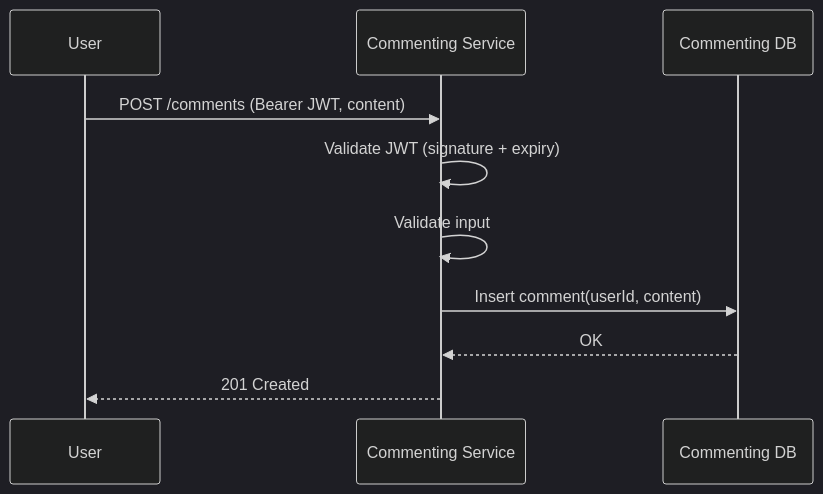
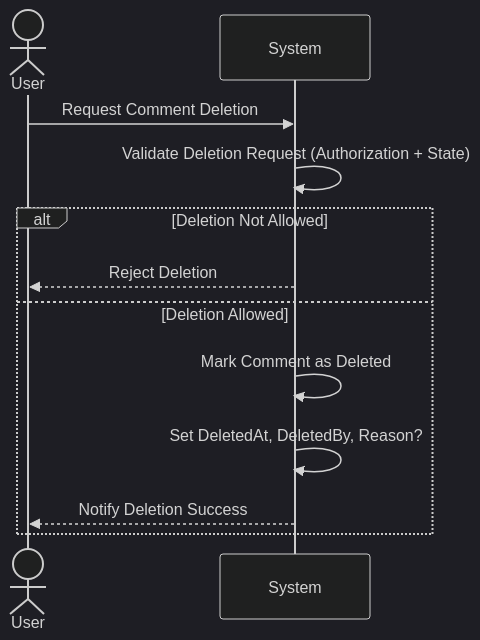
Before and after one commit to Syrix42/Commenting: the third of 6 diagrams in docks/diagrams/flows.md, drawn with Mermaid (dark theme). The commit also changed other lines of this file, not shown here.

````diff
--- a/docks/diagrams/flows.md
+++ b/docks/diagrams/flows.md
@@ -40,13 +56,17 @@
 ```mermaid
 sequenceDiagram
-    participant U as User
-    participant C as Commenting Service
-    participant DB as Commenting DB
+    actor User
+    participant System
 
-    U->>C: POST /comments (Bearer JWT, content)
-    C->>C: Validate JWT (signature + expiry)
-    C->>C: Validate input
-    C->>DB: Insert comment(userId, content)
-    DB-->>C: OK
-    C-->>U: 201 Created
+    User->>System: Request Comment Deletion
+
+    System->>System: Validate Deletion Request (Authorization + State)
+
+    alt Deletion Not Allowed
+        System-->>User: Reject Deletion
+    else Deletion Allowed
+        System->>System: Mark Comment as Deleted
+        System->>System: Set DeletedAt, DeletedBy, Reason?
+        System-->>User: Notify Deletion Success
+    end
 ```
````
